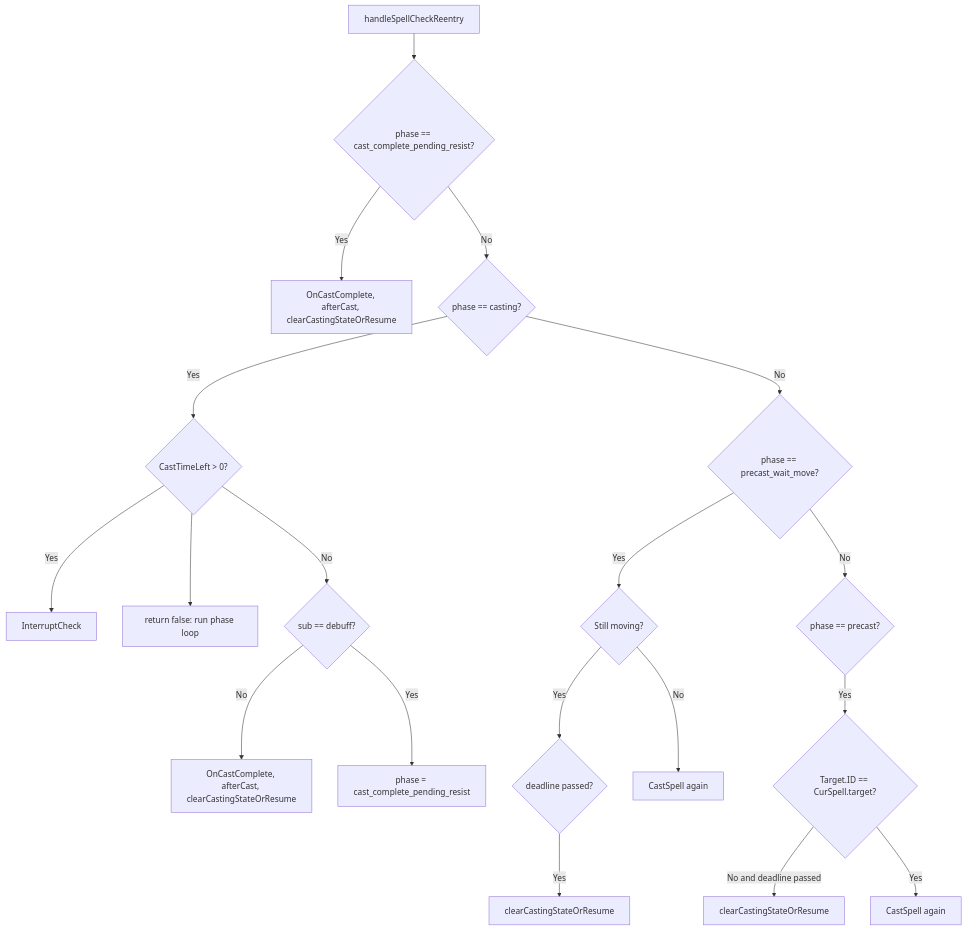
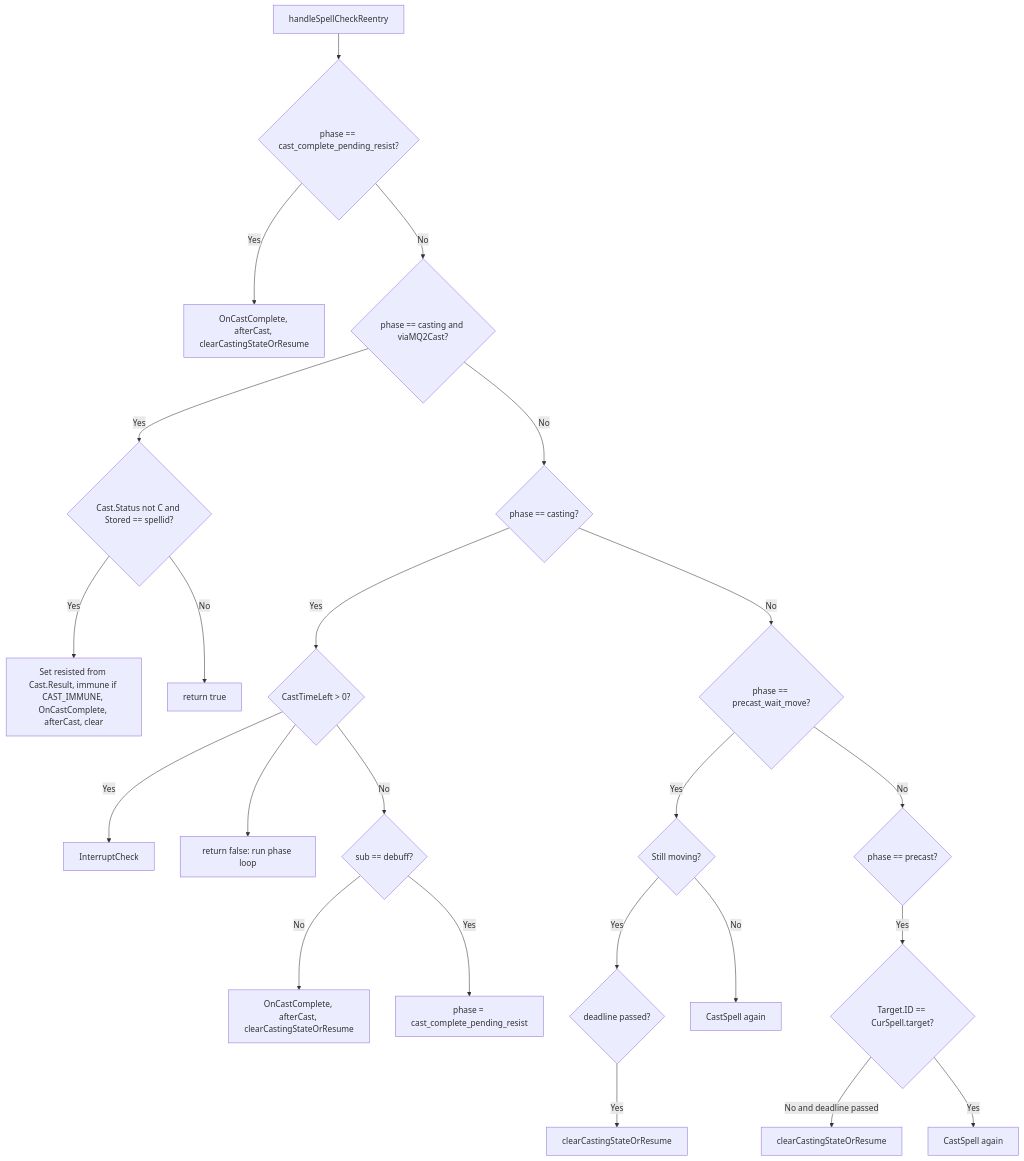
Before and after one commit to Cezero/czbot: the third of 3 diagrams in docs/botlogic/spell-casting-flow.md, drawn with Mermaid. The commit also changed other lines of this file and 8 other files, not shown here.

Commit message:
take better advantage of MQ2Cast in our casting routines

````diff
--- a/docs/botlogic/spell-casting-flow.md
+++ b/docs/botlogic/spell-casting-flow.md
@@ -69,22 +73,26 @@
 ```mermaid
 flowchart TB
     Reentry[handleSpellCheckReentry] --> P1{phase == cast_complete_pending_resist?}
     P1 -->|Yes| OnCastResist[OnCastComplete, afterCast, clearCastingStateOrResume]
-    P1 -->|No| P2{phase == casting?}
+    P1 -->|No| P1b{phase == casting and viaMQ2Cast?}
+    P1b -->|Yes| MQ2Complete{Cast.Status not C and Stored == spellid?}
+    MQ2Complete -->|Yes| OnCastMQ2[Set resisted from Cast.Result, immune if CAST_IMMUNE, OnCastComplete, afterCast, clear]
+    MQ2Complete -->|No| WaitReentry[return true]
+    P1b -->|No| P2{phase == casting?}
     P2 -->|Yes| Interrupt{CastTimeLeft > 0?}
     Interrupt -->|Yes| InterruptCheck[InterruptCheck]
     Interrupt --> No
     Interrupt -->|No| Done{sub == debuff?}
     Done -->|No| OnCast[OnCastComplete, afterCast, clearCastingStateOrResume]
     Done -->|Yes| PendingResist[phase = cast_complete_pending_resist]
     P2 -->|No| P3{phase == precast_wait_move?}
     P3 -->|Yes| WaitMove{Still moving?}
     WaitMove -->|Yes| DeadlineMove{deadline passed?}
     DeadlineMove -->|Yes| ClearMove[clearCastingStateOrResume]
     WaitMove -->|No| CastAgain[CastSpell again]
     P3 -->|No| P4{phase == precast?}
     P4 -->|Yes| TargetSet{Target.ID == CurSpell.target?}
     TargetSet -->|No and deadline passed| ClearPrecast[clearCastingStateOrResume]
     TargetSet -->|Yes| CastAgain2[CastSpell again]
     No[return false: run phase loop]
 ```
````
